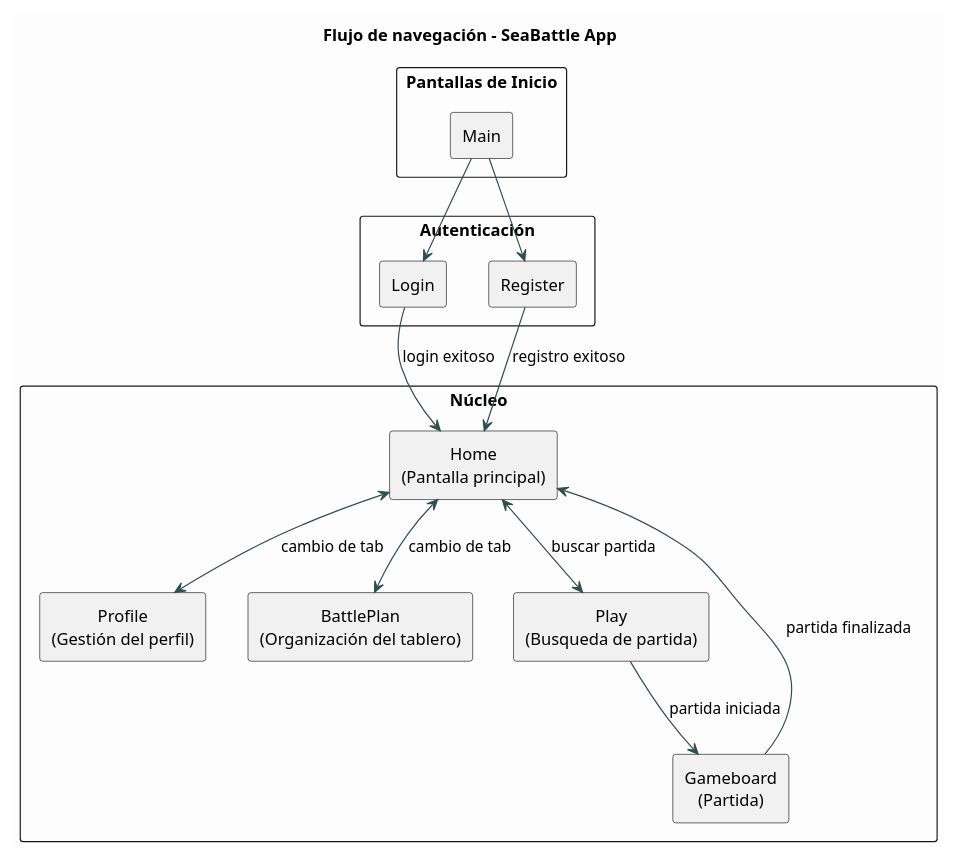
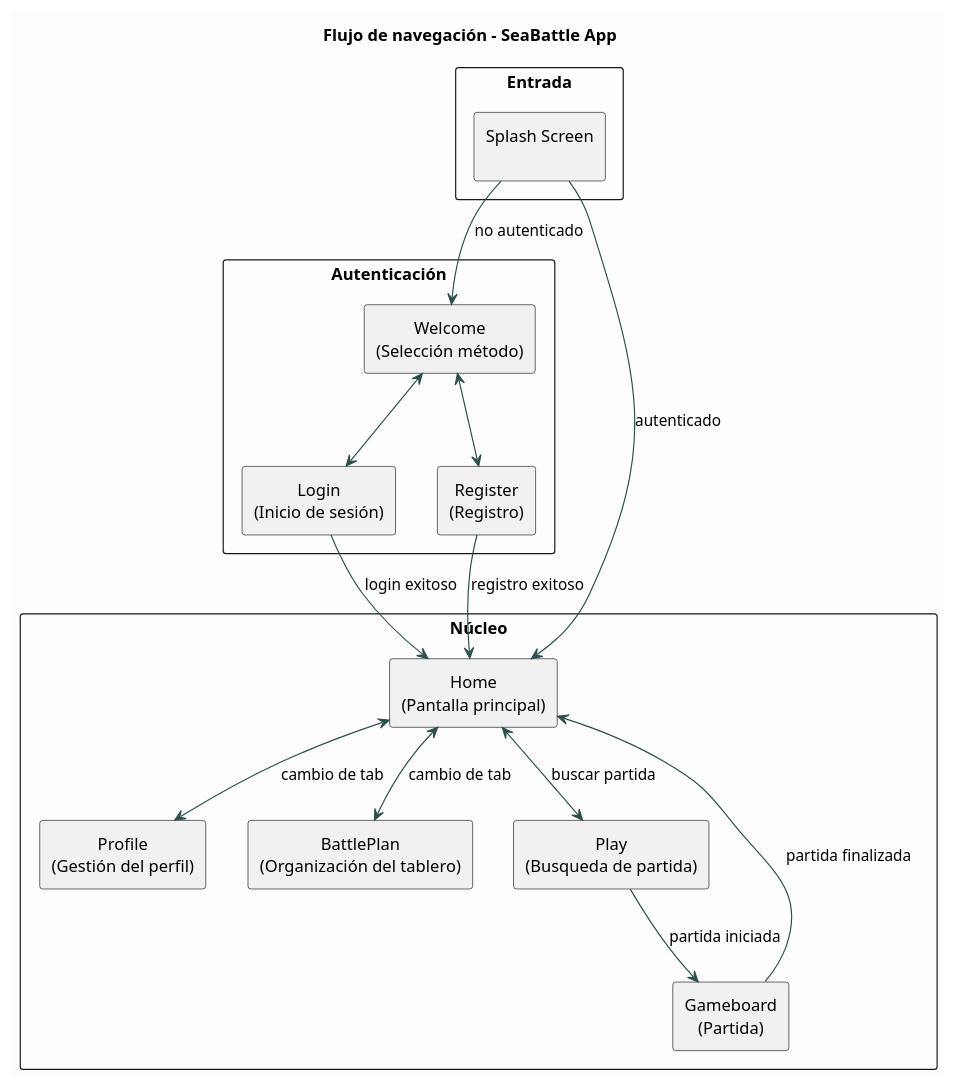
One commit to DaniAguion/SeaBattle changed the diagram in planUML/NavDiagram.puml. Above: the diagram before and after it, drawn with PlantUML. The commit also changed 17 other files, not shown here.

Commit message:
Implementing Splash Screen

```diff
--- a/planUML/NavDiagram.puml
+++ b/planUML/NavDiagram.puml
@@ -1,44 +1,48 @@
 @startuml
 title Flujo de navegación - SeaBattle App
 
 skinparam componentStyle rectangle
 skinparam packageStyle rectangle
 skinparam defaultTextAlignment center
 skinparam ArrowColor DarkSlateGray
 skinparam ComponentBorderColor Black
 skinparam BackgroundColor #fdfdfd
 
-package "Pantallas de Inicio" {
-    [Main]
+package "Entrada" {
+    component "Splash Screen\n" as SplashScreen
 }
 
 package "Autenticación" {
-    [Login]
-    [Register]
+    component "Welcome\n(Selección método)" as Welcome
+    component "Login\n(Inicio de sesión)" as Login
+    component "Register\n(Registro)" as Register
 }
 
 package "Núcleo" {
     component "Home\n(Pantalla principal)" as Home
     component "Profile\n(Gestión del perfil)" as Profile
     component "BattlePlan\n(Organización del tablero)" as BattlePlan
     component "Play\n(Busqueda de partida)" as Play
     component "Gameboard\n(Partida)" as Gameboard
 }
 
 ' Flujo principal
-Main --> Login
-Main --> Register
+SplashScreen --> Welcome : no autenticado
+SplashScreen --> Home : autenticado
+
+Welcome <--> Login
+Welcome <--> Register
 
 Login --> Home : login exitoso
 Register --> Home : registro exitoso
 
 ' Navegación interna desde Home
 Home <--> Play : buscar partida
 Home <--> BattlePlan : cambio de tab
 Home <--> Profile : cambio de tab
 
 ' Flujo dentro del juego
 Play --> Gameboard : partida iniciada
 Gameboard --> Home : partida finalizada
 
 @enduml
```
